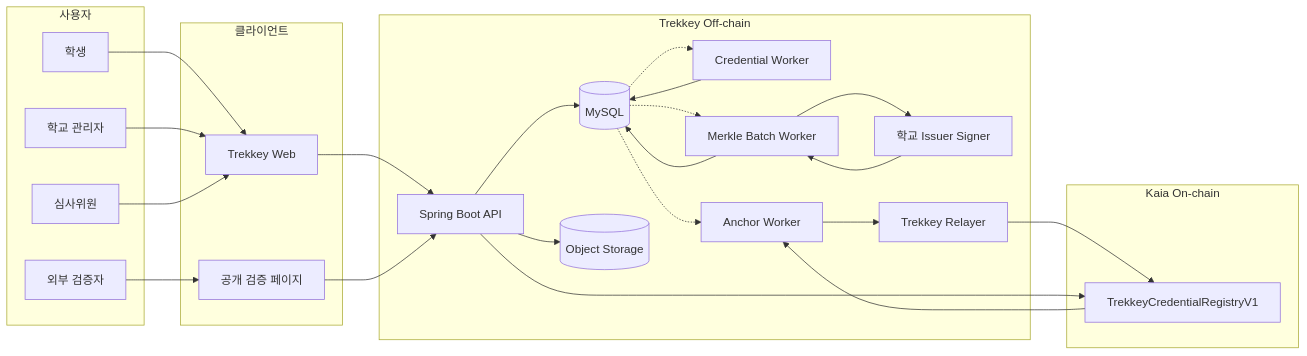
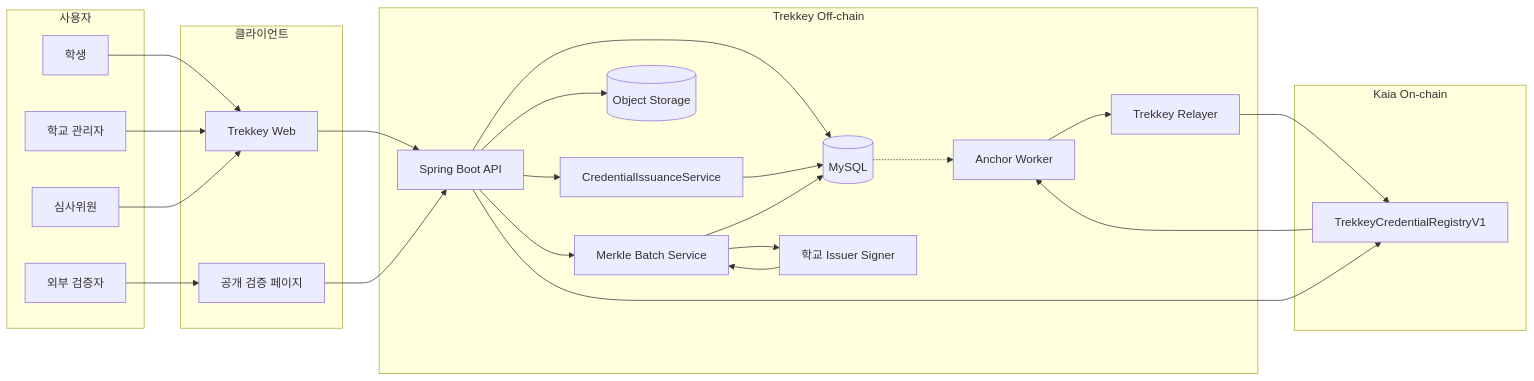
The first of 22 diagrams in docs/architecture-diagrams.md (Tok-Baro/Trekkey_BackEnd), drawn with Mermaid before and after one commit. The commit also changed other lines of this file and 123 other files, not shown here.

````diff
--- a/docs/architecture-diagrams.md
+++ b/docs/architecture-diagrams.md
@@ -23,49 +23,49 @@
 ```mermaid
 flowchart LR
     subgraph actors ["사용자"]
         student["학생"]
         admin["학교 관리자"]
         judge["심사위원"]
         verifier["외부 검증자"]
     end
 
     subgraph client ["클라이언트"]
         web["Trekkey Web"]
         verifyPage["공개 검증 페이지"]
     end
 
     subgraph backend ["Trekkey Off-chain"]
         api["Spring Boot API"]
-        credentialWorker["Credential Worker"]
-        batchWorker["Merkle Batch Worker"]
+        issuanceService["CredentialIssuanceService"]
+        batchService["Merkle Batch Service"]
         anchorWorker["Anchor Worker"]
         mysql[("MySQL")]
         objectStore[("Object Storage")]
         signer["학교 Issuer Signer"]
         relayer["Trekkey Relayer"]
     end
 
     subgraph chain ["Kaia On-chain"]
         registry["TrekkeyCredentialRegistryV1"]
     end
 
     student --> web
     admin --> web
     judge --> web
     verifier --> verifyPage
     web --> api
     verifyPage --> api
     api --> mysql
     api --> objectStore
-    mysql -.-> credentialWorker
-    credentialWorker --> mysql
-    mysql -.-> batchWorker
-    batchWorker --> mysql
-    batchWorker --> signer
-    signer --> batchWorker
+    api --> issuanceService
+    issuanceService --> mysql
+    api --> batchService
+    batchService --> mysql
+    batchService --> signer
+    signer --> batchService
     mysql -.-> anchorWorker
     anchorWorker --> relayer
     relayer --> registry
     registry --> anchorWorker
     api --> registry
 ```
````
